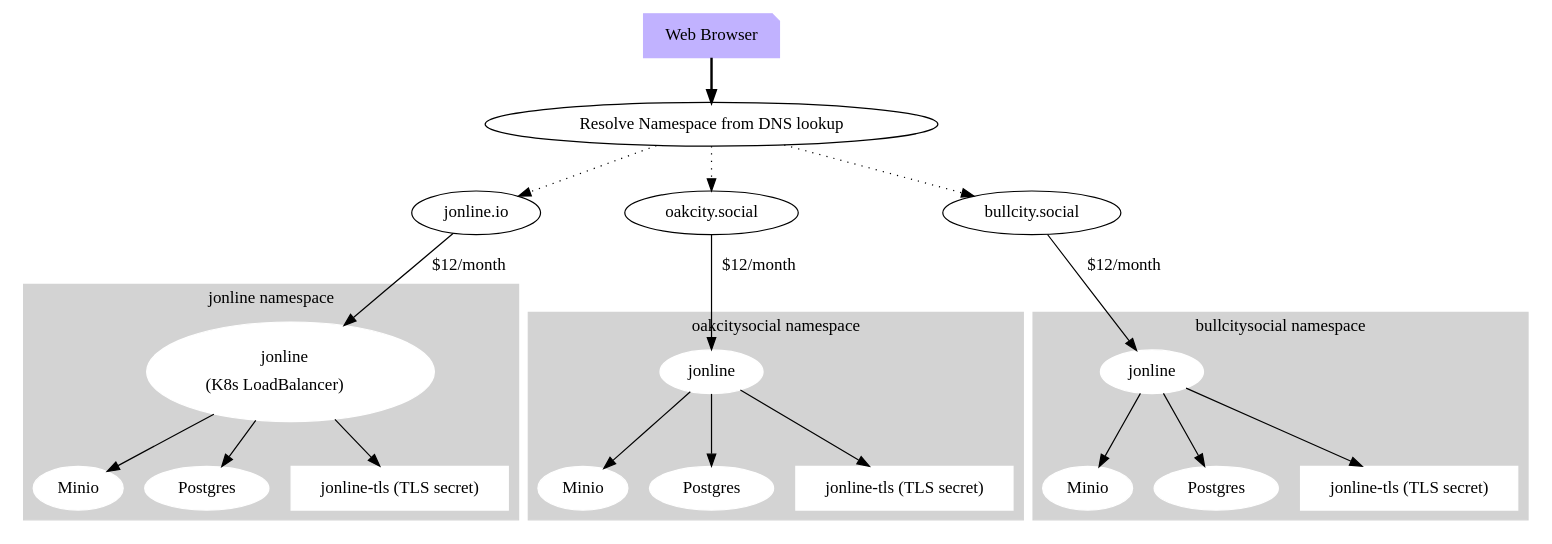
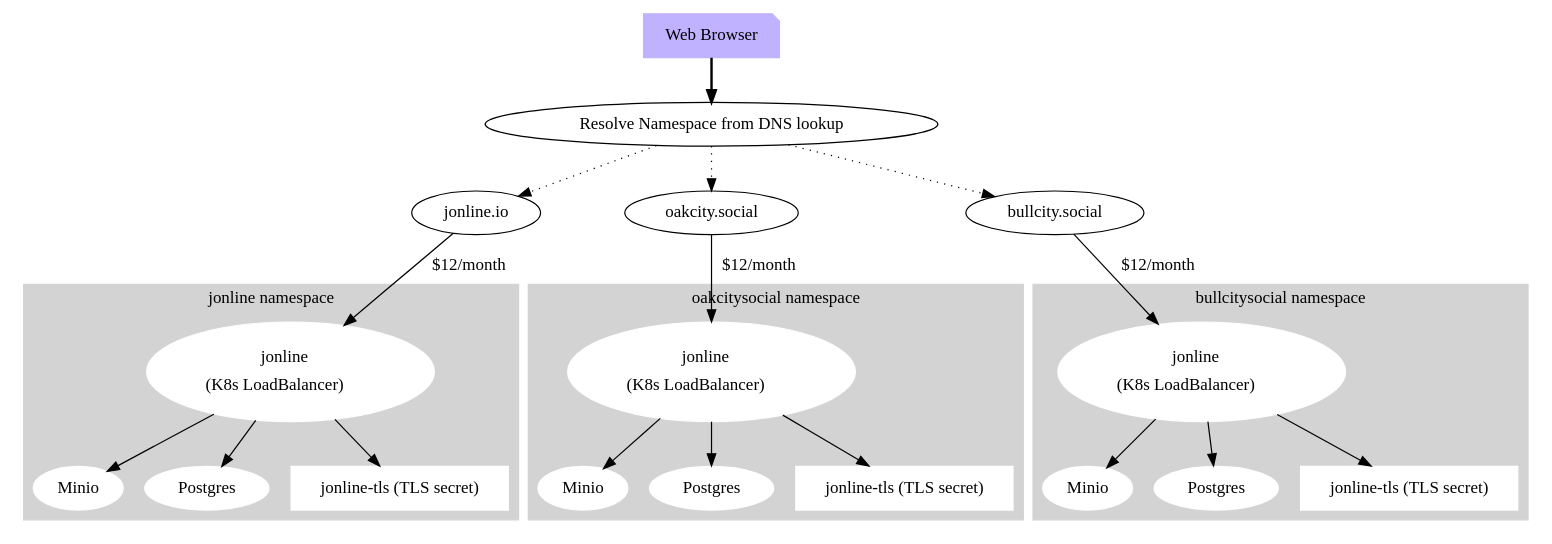
One commit to JonLatane/jonline changed the diagram in docs/architecture/Kubernetes_Deployment.dot. Above: the diagram before and after it, drawn with Graphviz. The commit also changed 3 other files, not shown here.

```diff
--- a/docs/architecture/Kubernetes_Deployment.dot
+++ b/docs/architecture/Kubernetes_Deployment.dot
@@ -1,93 +1,93 @@
 digraph G {
   size = "100,100";
   browser [shape = note;style = filled;color = ".7 .3 1.0";label = "Web Browser";];
   
   
   
   resolve_namespace [label = "Resolve Namespace from DNS lookup";];
   browser -> resolve_namespace [style = bold;];
   jonlineio [label = "jonline.io";];
   oakcitysocial [label = "oakcity.social";];
   bullcitysocial [label = "bullcity.social";];
   
   resolve_namespace -> jonlineio [style = dotted;];
   resolve_namespace -> oakcitysocial [style = dotted;];
   resolve_namespace -> bullcitysocial [style = dotted;];
   
   subgraph cluster0 {
     label = "jonline namespace";
     node [style = filled; color = white;];
     style = filled;
     color = lightgrey;
     
     jonline0 [label = <<table><tr><td>jonline</td></tr><tr><td>(K8s LoadBalancer)</td></tr></table>>];
     minio0 [label = "Minio";];
     postgres0 [label = "Postgres";];
     tls0 [shape = "box";label = "jonline-tls (TLS secret)";];
     
     jonline0 -> minio0;
     jonline0 -> postgres0;
     jonline0 -> tls0;
     
     
     // certs [shape = box;style = filled;color = ".7 .3 1.0" label = <
     // <table>
     //   <tr>
     //     <td>TLS/SSL Cert Management</td>
     //   </tr>
     //   <tr>
     //     <td>Based on K8s ClusterRoles and RoleBinding</td>
     //   </tr>
     // </table>
     // >];
   }
   
   jonlineio -> jonline0 [label="$12/month"];
   // certs -> jbl;
   
   subgraph cluster1 {
     label = "oakcitysocial namespace";
     node [style = filled; color = white;];
     style = filled;
     color = lightgrey;
     
-    jonline1 [label = "jonline";];
+    jonline1 [label = <<table><tr><td>jonline</td></tr><tr><td>(K8s LoadBalancer)</td></tr></table>>;];
     minio1 [label = "Minio";];
     postgres1 [label = "Postgres";];
     
     jonline1 -> minio1;
     jonline1 -> postgres1;
     tls1 [shape = "box";label = "jonline-tls (TLS secret)";];
     jonline1 -> tls1;
   }
   oakcitysocial -> jonline1 [label="$12/month"];
   
   subgraph cluster2 {
     label = "bullcitysocial namespace";
     node [style = filled; color = white;];
     style = filled;
     color = lightgrey;
     
-    jonline2 [label = "jonline";];
+    jonline2 [label = <<table><tr><td>jonline</td></tr><tr><td>(K8s LoadBalancer)</td></tr></table>>;];
     minio2 [label = "Minio";];
     postgres2 [label = "Postgres";];
     
     jonline2 -> minio2;
     jonline2 -> postgres2;
     tls2 [shape = "box";label = "jonline-tls (TLS secret)";];
     jonline2 -> tls2;
   }
   bullcitysocial -> jonline2 [label="$12/month"];
   
   // certs -> tls0;
   // certs -> tls1;
   // certs -> tls2;
   // resolve_namespace ->  [style=dotted] bullcitysocial;
   // execute -> { make_string; printf}
   // jonlineio -> make_string;
   // edge [color=red];
   // jbl -> printf [style=bold,label="100 times"];
   // make_string [label="make a\nstring"];
   // node [shape=box,style=filled,color=".7 .3 1.0"];
   // execute -> compare;
 }
```
